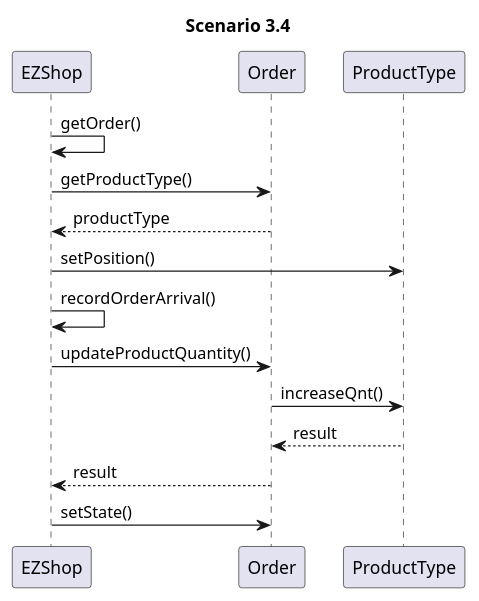
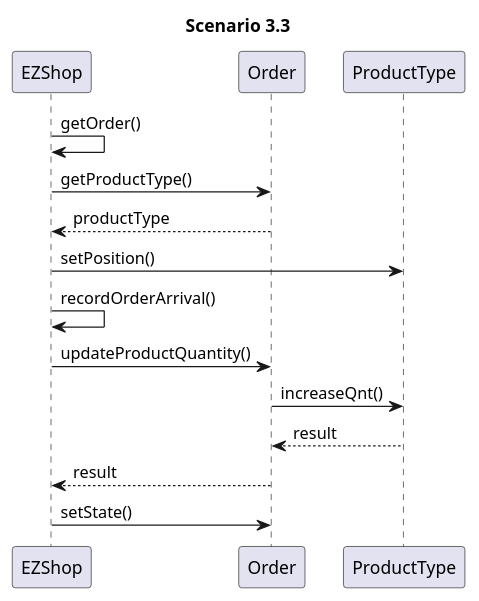
The fourth of 4 diagrams in Deliverables/DesignDocument.md (marco-ballario/EzShop), drawn with PlantUML before and after one commit.

````diff
--- a/Deliverables/DesignDocument.md
+++ b/Deliverables/DesignDocument.md
@@ -342,13 +342,13 @@
 ```plantuml
-title Scenario 3.4
+title Scenario 3.3
 EZShop -> EZShop: getOrder()
 EZShop -> Order: getProductType()
 Order --> EZShop: productType
 EZShop -> ProductType: setPosition()
 EZShop -> EZShop: recordOrderArrival()
 EZShop -> Order: updateProductQuantity()
 Order -> ProductType: increaseQnt()
 ProductType --> Order: result
 Order --> EZShop: result
 EZShop -> Order: setState()
 ```
````
